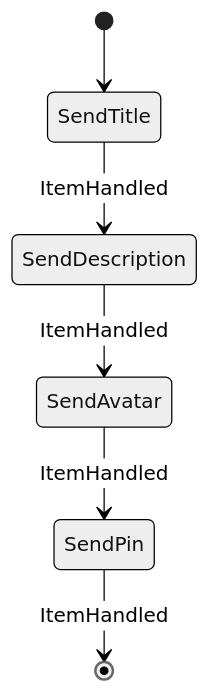
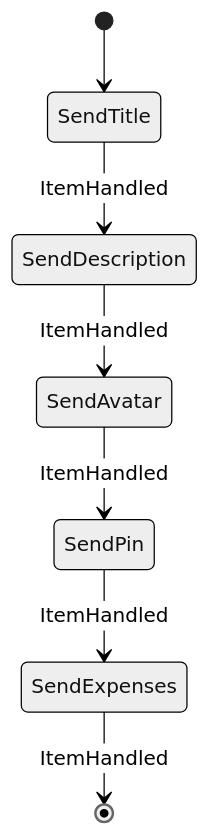
Diagram 11 of 15 in docs/architecture/workflows/groupstate.md (cbgm/Sparrow), drawn with Mermaid (neutral theme) before and after one commit. The commit also changed other lines of this file and 62 other files, not shown here.

````diff
--- a/docs/architecture/workflows/groupstate.md
+++ b/docs/architecture/workflows/groupstate.md
@@ -227,8 +246,9 @@
 ```mermaid
 stateDiagram-v2
     [*] --> SendTitle
     SendTitle --> SendDescription : ItemHandled
     SendDescription --> SendAvatar : ItemHandled
     SendAvatar --> SendPin : ItemHandled
-    SendPin --> [*] : ItemHandled
+    SendPin --> SendExpenses : ItemHandled
+    SendExpenses --> [*] : ItemHandled
 ```
````
